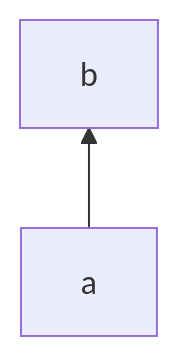
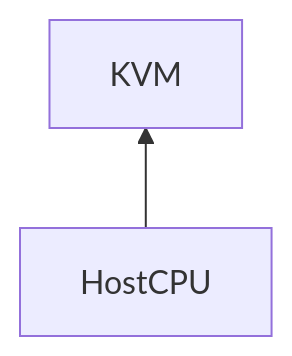
One commit to agenkit/GHost changed the diagram in README.md. Above: the diagram before and after it, drawn with Mermaid.

````diff
--- a/README.md
+++ b/README.md
@@ -12,5 +12,5 @@
 ```mermaid
 graph BT;
-   a --> b;
+   HostCPU --> KVM;
 
 ```
````
